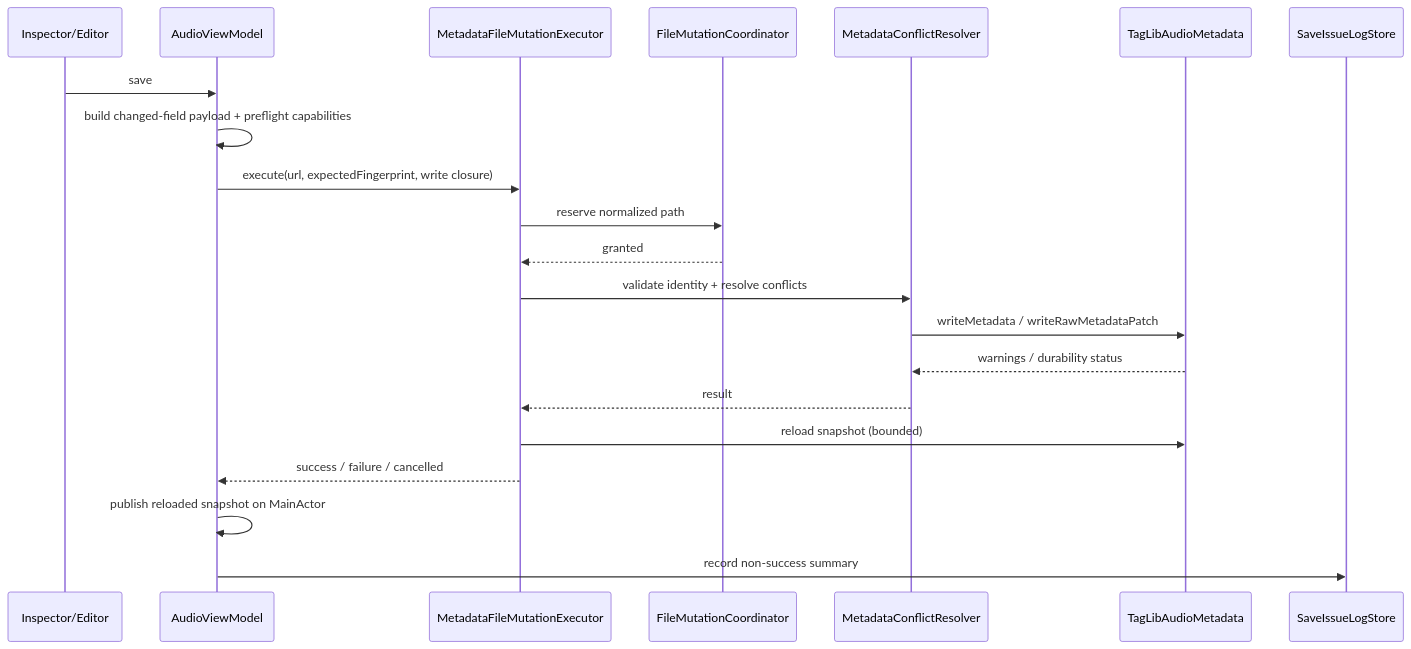
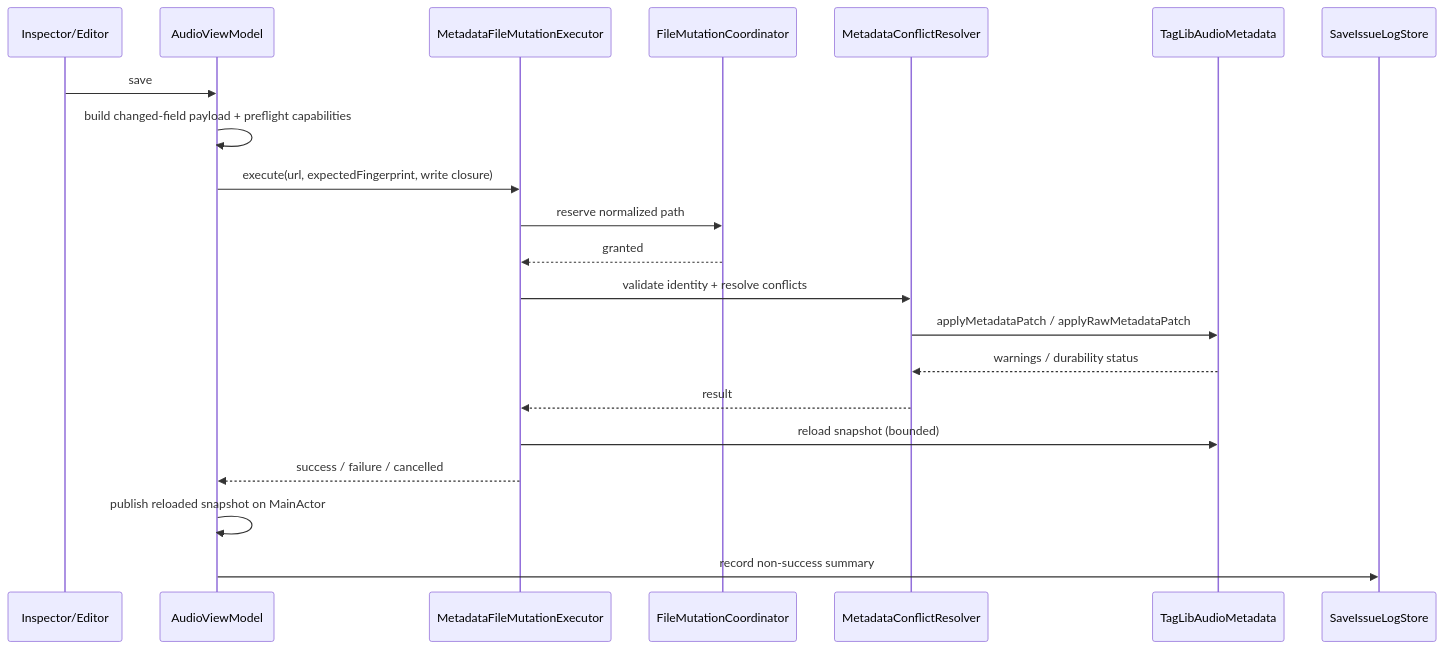
Before and after one commit to ChrisLloydME/AudioMator: the fourth of 4 diagrams in Docs/Architecture/OVERVIEW.md, drawn with Mermaid. The commit also changed other lines of this file and 34 other files, not shown here.

````diff
--- a/Docs/Architecture/OVERVIEW.md
+++ b/Docs/Architecture/OVERVIEW.md
@@ -150,24 +154,24 @@
 ```mermaid
 sequenceDiagram
     participant View as Inspector/Editor
     participant VM as AudioViewModel
     participant Exec as MetadataFileMutationExecutor
     participant Coord as FileMutationCoordinator
     participant Resolver as MetadataConflictResolver
     participant Pkg as TagLibAudioMetadata
     participant Log as SaveIssueLogStore
 
     View->>VM: save
     VM->>VM: build changed-field payload + preflight capabilities
     VM->>Exec: execute(url, expectedFingerprint, write closure)
     Exec->>Coord: reserve normalized path
     Coord-->>Exec: granted
     Exec->>Resolver: validate identity + resolve conflicts
-    Resolver->>Pkg: writeMetadata / writeRawMetadataPatch
+    Resolver->>Pkg: applyMetadataPatch / applyRawMetadataPatch
     Pkg-->>Resolver: warnings / durability status
     Resolver-->>Exec: result
     Exec->>Pkg: reload snapshot (bounded)
     Exec-->>VM: success / failure / cancelled
     VM->>VM: publish reloaded snapshot on MainActor
     VM->>Log: record non-success summary
 ```
````
